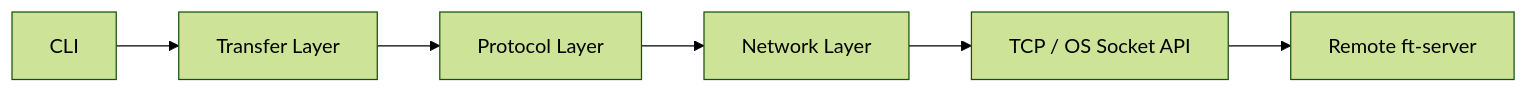
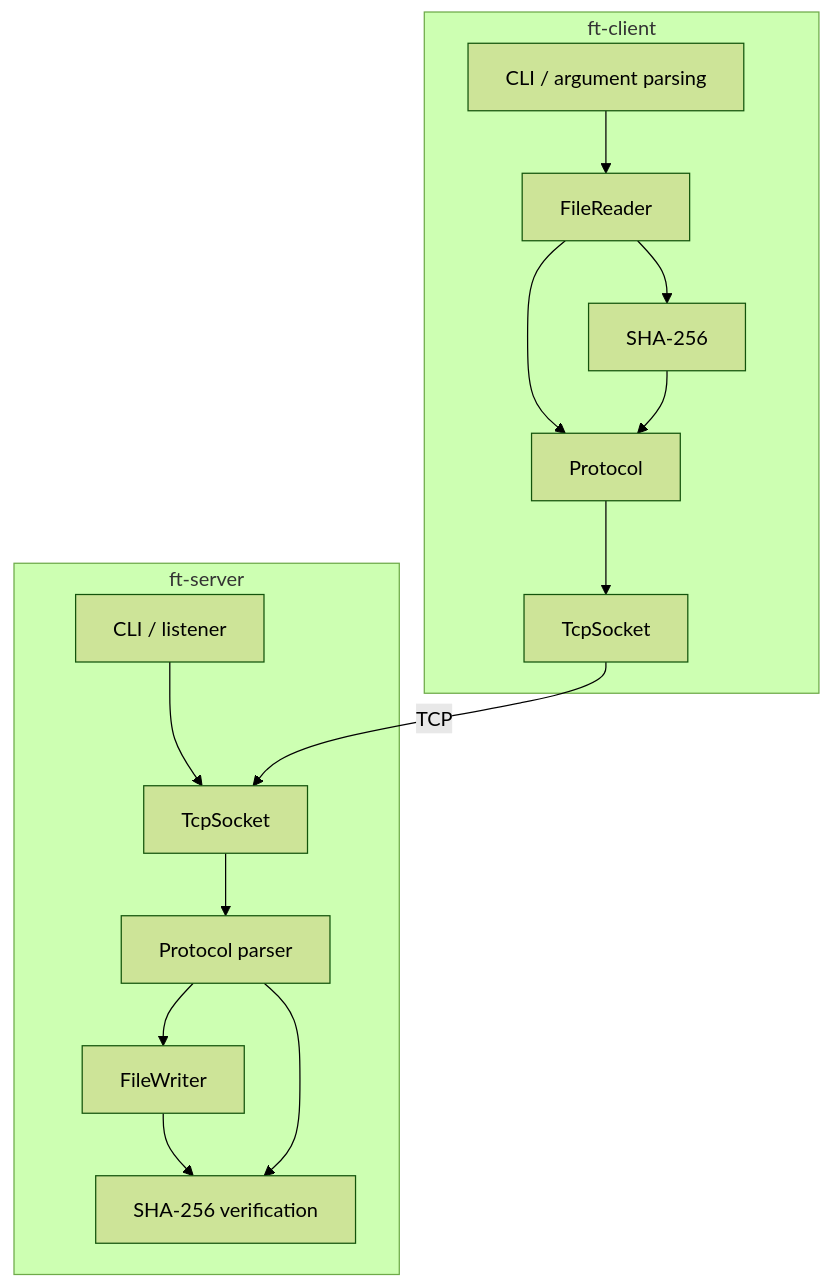
Before and after one commit to Veral2000/tcp-file-transfer: the second of 3 diagrams in docs/architecture.md, drawn with Mermaid (forest theme). The commit also changed other lines of this file, not shown here.

Commit message:
docs: add architecture and design details

````diff
--- a/docs/architecture.md
+++ b/docs/architecture.md
@@ -14,9 +45,30 @@
 ```mermaid
-flowchart LR
-    CLI[CLI] --> Transfer[Transfer Layer]
-    Transfer --> Protocol[Protocol Layer]
-    Protocol --> Network[Network Layer]
-    Network --> TCP[TCP / OS Socket API]
+flowchart TB
+    subgraph Client[ft-client]
+        CCLI[CLI / argument parsing]
+        CReader[FileReader]
+        CHash[SHA-256]
+        CProtocol[Protocol]
+        CSocket[TcpSocket]
+        CCLI --> CReader
+        CReader --> CHash
+        CReader --> CProtocol
+        CHash --> CProtocol
+        CProtocol --> CSocket
+    end
 
-    TCP --> Remote[Remote ft-server]
+    subgraph Server[ft-server]
+        SCLI[CLI / listener]
+        SProtocol[Protocol parser]
+        SSocket[TcpSocket]
+        SWriter[FileWriter]
+        SHash[SHA-256 verification]
+        SCLI --> SSocket
+        SSocket --> SProtocol
+        SProtocol --> SWriter
+        SWriter --> SHash
+        SProtocol --> SHash
+    end
+
+    CSocket -->|TCP| SSocket
 ```
````
